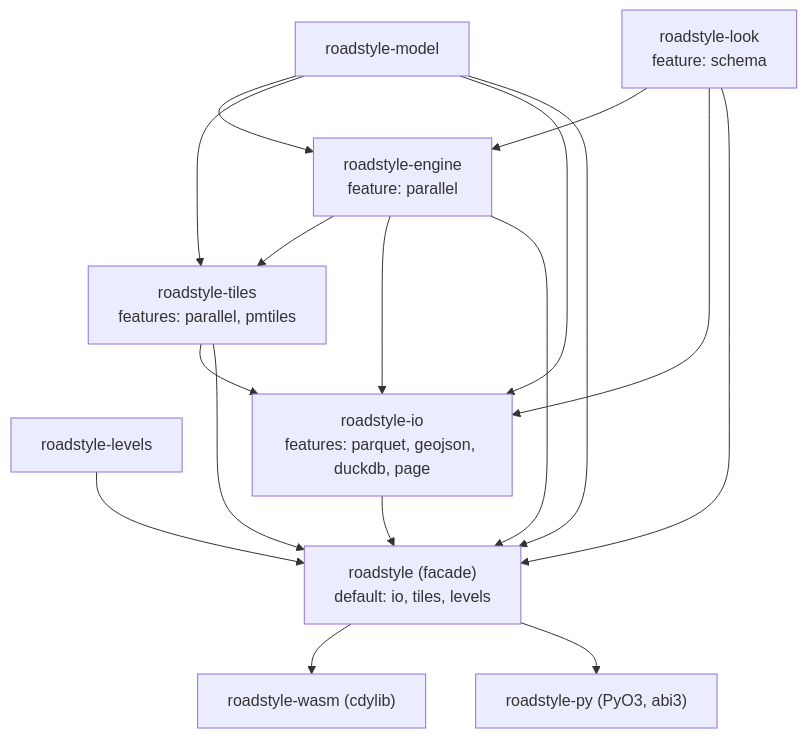
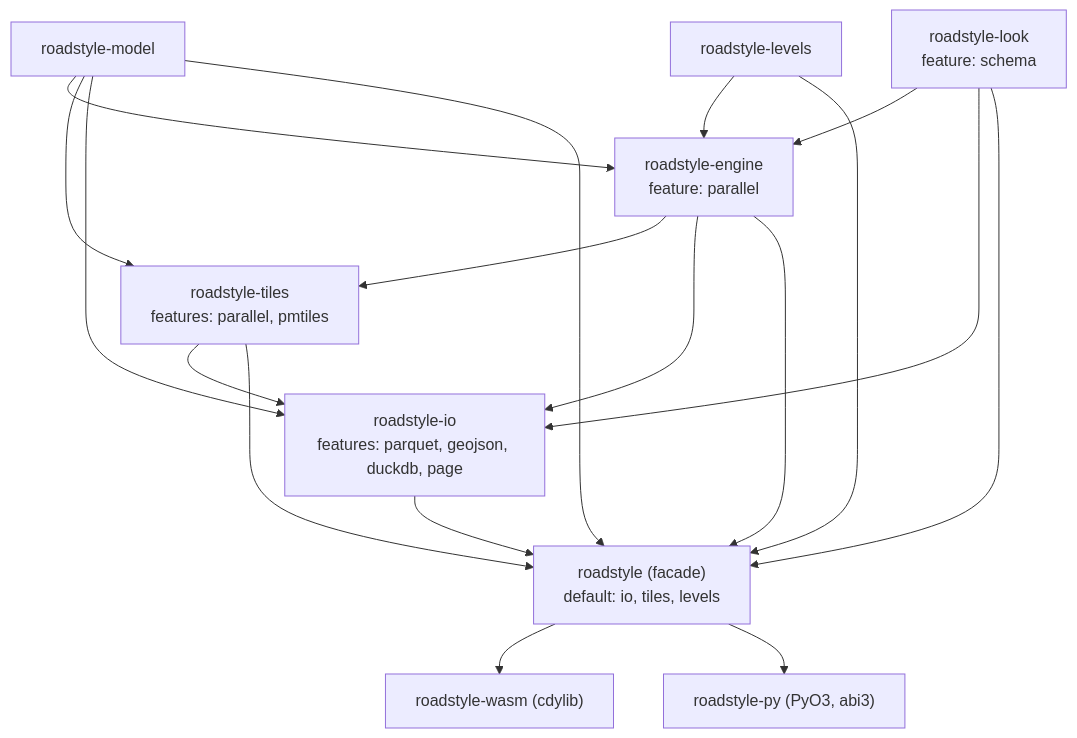
Before and after one commit to Khoshkhah/roadstyle: the second of 10 diagrams in docs/design/rust_library.md, drawn with Mermaid. The commit also changed other lines of this file and 1 other file, not shown here.

````diff
--- a/docs/design/rust_library.md
+++ b/docs/design/rust_library.md
@@ -205,23 +209,24 @@
 ```mermaid
 flowchart TB
     model["roadstyle-model"]
     look["roadstyle-look<br/>feature: schema"]
     levels["roadstyle-levels"]
     engine["roadstyle-engine<br/>feature: parallel"]
     tiles["roadstyle-tiles<br/>features: parallel, pmtiles"]
     io["roadstyle-io<br/>features: parquet, geojson, duckdb, page"]
     facade["roadstyle (facade)<br/>default: io, tiles, levels"]
     wasm["roadstyle-wasm (cdylib)"]
     py["roadstyle-py (PyO3, abi3)"]
     model --> engine
     look --> engine
+    levels --> engine
     model --> tiles
     engine --> tiles
     model --> io
     look --> io
     engine --> io
     tiles --> io
     model & look & engine & tiles & levels & io --> facade
     facade --> wasm
     facade --> py
 ```
````
